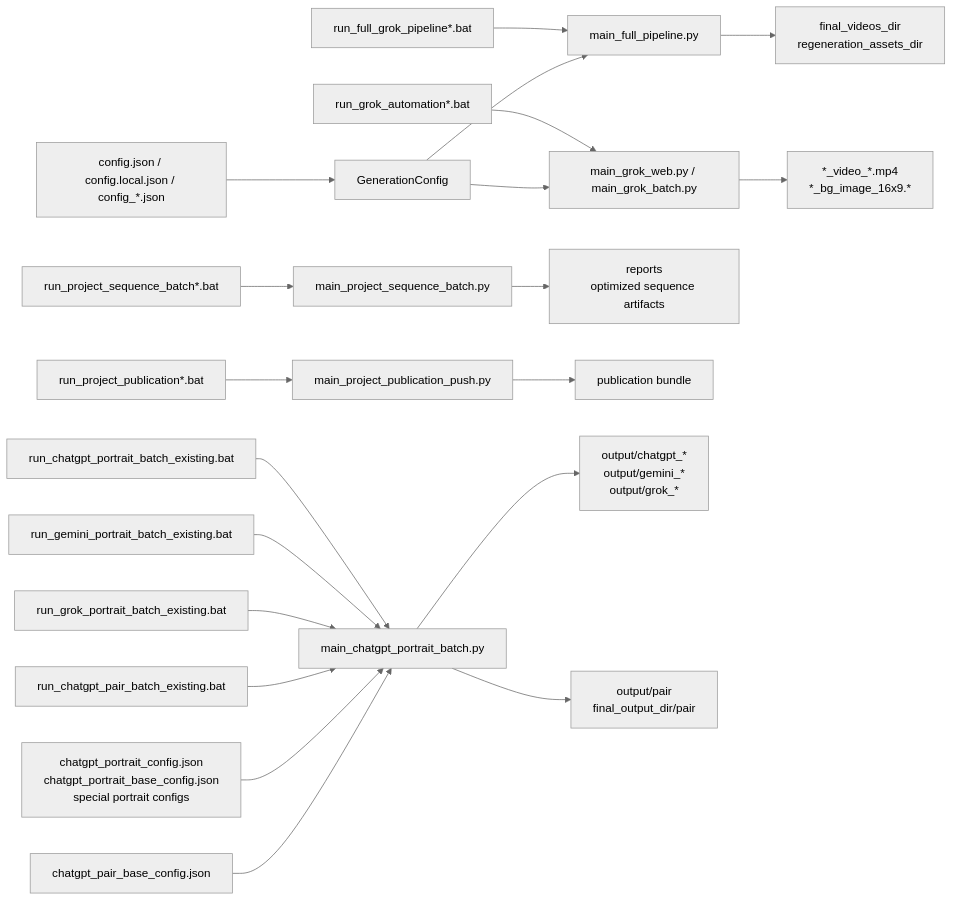
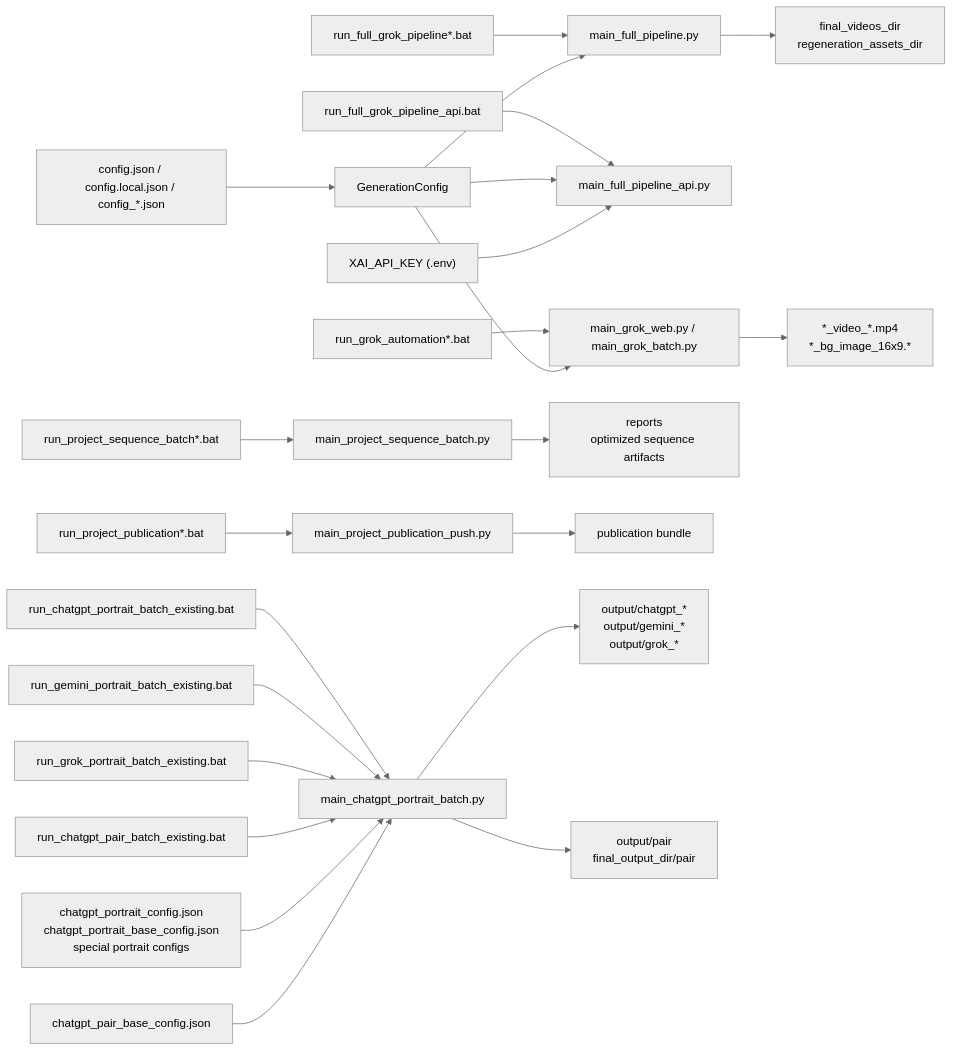
Before and after one commit to sergey-frd/Memory-to-Video_Agent: the third of 3 diagrams in PROJECT_STRUCTURE.md, drawn with Mermaid (neutral theme). The commit also changed other lines of this file and 45 other files, not shown here.

````diff
--- a/PROJECT_STRUCTURE.md
+++ b/PROJECT_STRUCTURE.md
@@ -213,25 +214,28 @@
 ```mermaid
 flowchart LR
   B1["run_full_grok_pipeline*.bat"] --> P1["main_full_pipeline.py"]
+  B1A["run_full_grok_pipeline_api.bat"] --> P1A["main_full_pipeline_api.py"]
   B2["run_grok_automation*.bat"] --> P2["main_grok_web.py / main_grok_batch.py"]
   B3["run_project_sequence_batch*.bat"] --> P3["main_project_sequence_batch.py"]
   B4["run_project_publication*.bat"] --> P4["main_project_publication_push.py"]
   B5["run_chatgpt_portrait_batch_existing.bat"] --> P6["main_chatgpt_portrait_batch.py"]
   B6["run_gemini_portrait_batch_existing.bat"] --> P6
   B7["run_grok_portrait_batch_existing.bat"] --> P6
   B8["run_chatgpt_pair_batch_existing.bat"] --> P6
 
   C1["config.json / config.local.json / config_*.json"] --> G1["GenerationConfig"]
   G1 --> P1
+  G1 --> P1A
   G1 --> P2
+  ENV["XAI_API_KEY (.env)"] --> P1A
 
   C5["chatgpt_portrait_config.json\nchatgpt_portrait_base_config.json\nspecial portrait configs"] --> P6
   C6["chatgpt_pair_base_config.json"] --> P6
 
   P1 --> O1["final_videos_dir\nregeneration_assets_dir"]
   P2 --> O2["*_video_*.mp4\n*_bg_image_16x9.*"]
   P3 --> O3["reports\noptimized sequence artifacts"]
   P4 --> O4["publication bundle"]
   P6 --> O5["output/chatgpt_*\noutput/gemini_*\noutput/grok_*"]
   P6 --> O6["output/pair\nfinal_output_dir/pair"]
 ```
````
